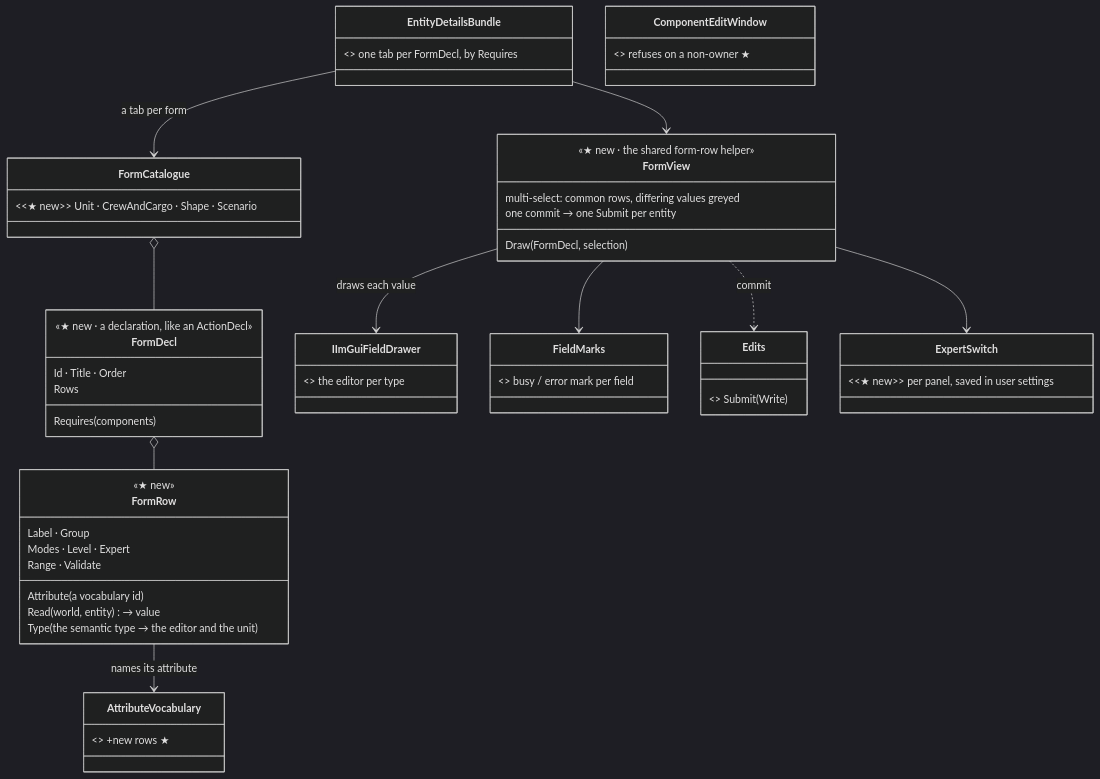
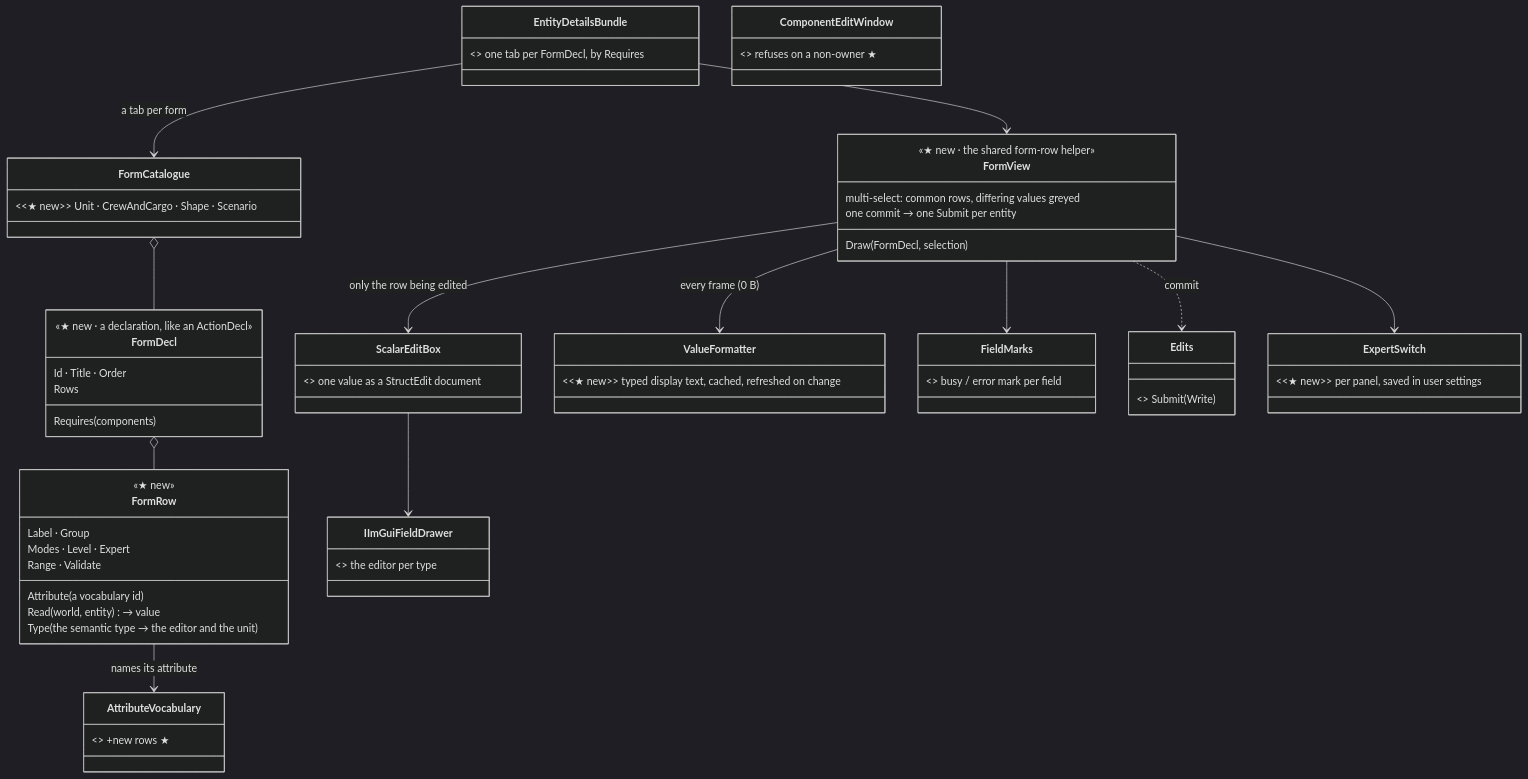
Before and after one commit to pjanec/HROT: the first of 2 diagrams in docs/UX/DESIGN_Details_Forms.md, drawn with Mermaid (dark theme). The commit also changed other lines of this file and 4 other files, not shown here.

````diff
--- a/docs/UX/DESIGN_Details_Forms.md
+++ b/docs/UX/DESIGN_Details_Forms.md
@@ -66,42 +88,46 @@
 ```mermaid
 classDiagram
   class FormDecl {
     <<★ new · a declaration, like an ActionDecl>>
     Id · Title · Order
     Requires (components)
     Rows
   }
   class FormRow {
     <<★ new>>
     Label · Group
     Attribute (a vocabulary id)
     Read(world, entity) → value
     Type (the semantic type → the editor and the unit)
     Modes · Level · Expert
     Range · Validate
   }
   class FormView {
     <<★ new · the shared form-row helper>>
     Draw(FormDecl, selection)
     multi-select: common rows, differing values greyed
     one commit → one Submit per entity
   }
   class FormCatalogue { <<★ new>> Unit · CrewAndCargo · Shape · Scenario }
   class AttributeVocabulary { <<existing · AttributeVocabulary.cs:45>> +new rows ★ }
+  class ScalarEditBox { <<existing · AiShared/Inspector/ScalarEditBox.cs>> one value as a StructEdit document }
   class IImGuiFieldDrawer { <<existing>> the editor per type }
+  class ValueFormatter { <<★ new>> typed display text, cached, refreshed on change }
   class FieldMarks { <<approved · R-4127>> busy / error mark per field }
   class Edits { <<approved · R-4128>> Submit(Write) }
   class EntityDetailsBundle { <<existing · EntityDetailsBundle.cs>> one tab per FormDecl, by Requires }
   class ComponentEditWindow { <<existing · debugging>> refuses on a non-owner ★ }
   class ExpertSwitch { <<★ new>> per panel, saved in user settings }
 
   FormCatalogue o-- FormDecl
   FormDecl o-- FormRow
   FormRow --> AttributeVocabulary : names its attribute
   EntityDetailsBundle --> FormCatalogue : a tab per form
   EntityDetailsBundle --> FormView
-  FormView --> IImGuiFieldDrawer : draws each value
+  FormView --> ValueFormatter : every frame (0 B)
+  FormView --> ScalarEditBox : only the row being edited
+  ScalarEditBox --> IImGuiFieldDrawer
   FormView --> FieldMarks
   FormView --> ExpertSwitch
   FormView ..> Edits : commit
 ```
````
